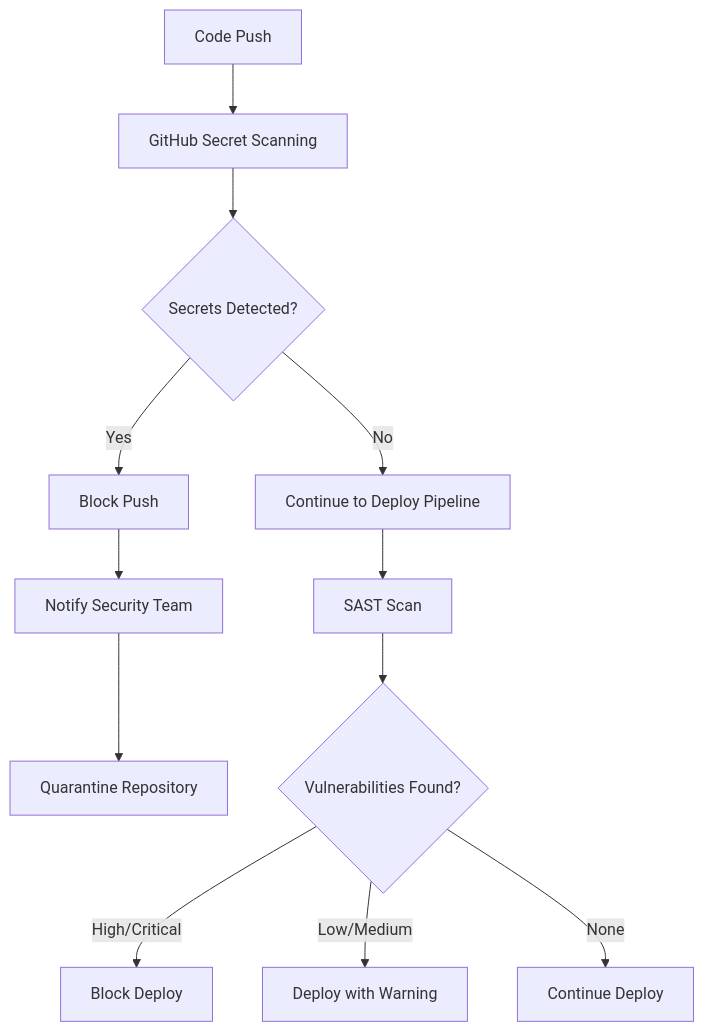
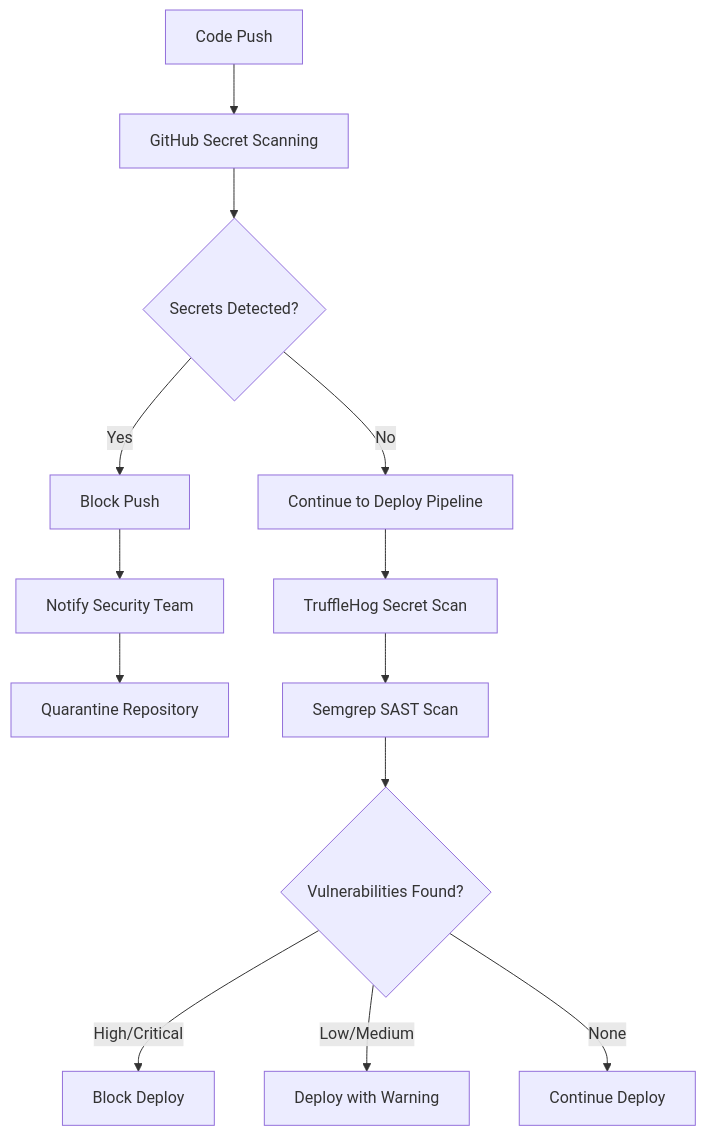
One commit to rimanem18/hoxt-backlog changed the ninth of 10 diagrams in docs/design/continuous-deployment/dataflow.md. Above: the diagram before and after it, drawn with Mermaid. The commit also changed other lines of this file and 11 other files, not shown here.

````diff
--- a/docs/design/continuous-deployment/dataflow.md
+++ b/docs/design/continuous-deployment/dataflow.md
@@ -192,16 +194,17 @@
 ```mermaid
 flowchart TD
     A[Code Push] --> B[GitHub Secret Scanning]
     B --> C{Secrets Detected?}
     C -->|Yes| D[Block Push]
     C -->|No| E[Continue to Deploy Pipeline]
-    
+
     D --> F[Notify Security Team]
     F --> G[Quarantine Repository]
-    
-    E --> H[SAST Scan]
-    H --> I{Vulnerabilities Found?}
-    I -->|High/Critical| J[Block Deploy]
-    I -->|Low/Medium| K[Deploy with Warning]
-    I -->|None| L[Continue Deploy]
+
+    E --> H[TruffleHog Secret Scan]
+    H --> I[Semgrep SAST Scan]
+    I --> J{Vulnerabilities Found?}
+    J -->|High/Critical| K[Block Deploy]
+    J -->|Low/Medium| L[Deploy with Warning]
+    J -->|None| M[Continue Deploy]
 ```
````
